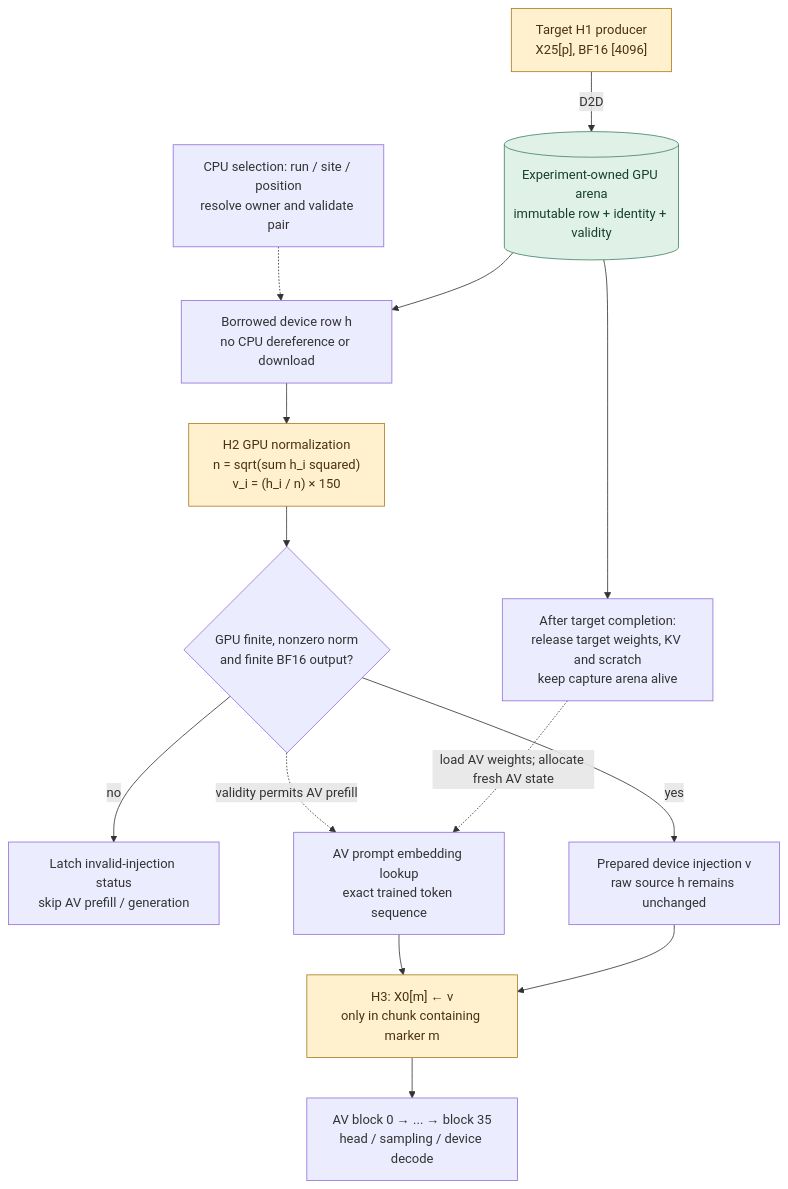
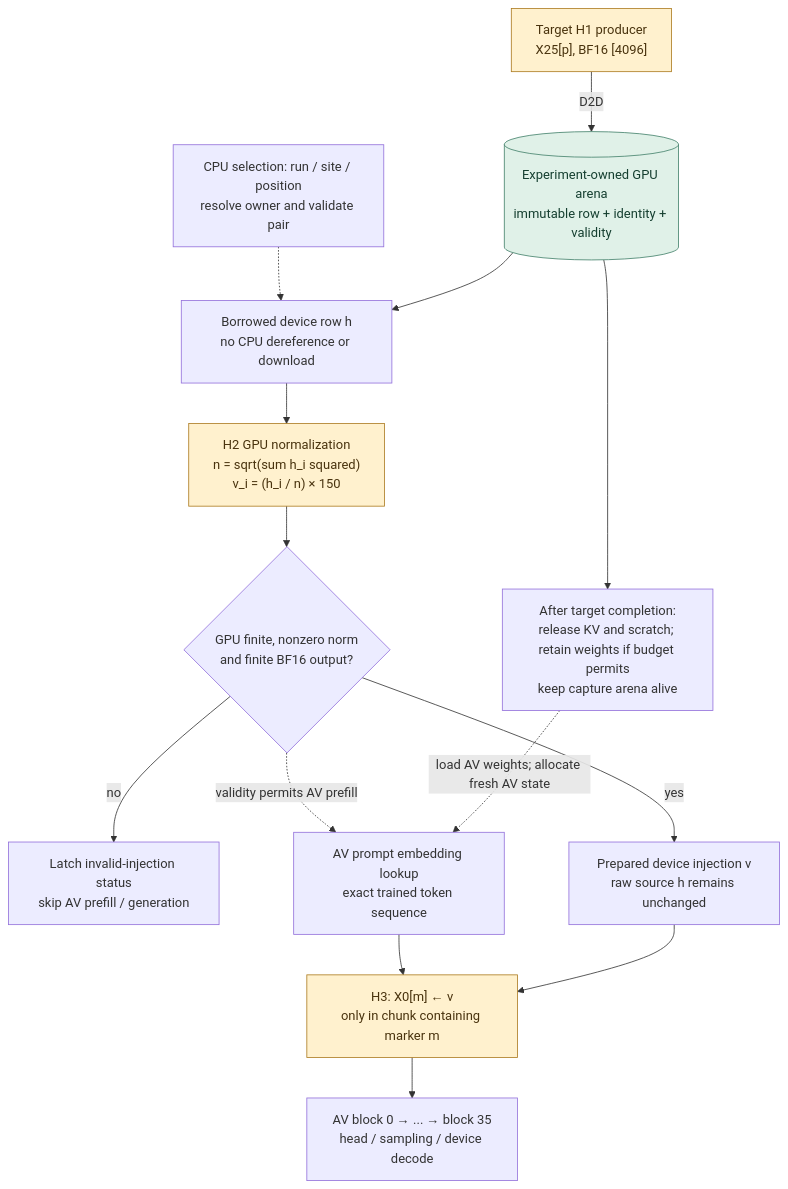
One commit to plainsight-systems/dolittle changed the sixth of 7 diagrams in docs/architecture/execution-boundary.md. Above: the diagram before and after it, drawn with Mermaid. The commit also changed other lines of this file and 20 other files, not shown here.

````diff
--- a/docs/architecture/execution-boundary.md
+++ b/docs/architecture/execution-boundary.md
@@ -455,29 +453,29 @@
 ```mermaid
 flowchart TD
   RES["Target H1 producer<br/>X25[p], BF16 [4096]"]
   ARENA[("Experiment-owned GPU arena<br/>immutable row + identity + validity")]
-  RETIRE["After target completion:<br/>release target weights, KV and scratch<br/>keep capture arena alive"]
+  RETIRE["After target completion:<br/>release KV and scratch; retain weights if budget permits<br/>keep capture arena alive"]
   KEY["CPU selection: run / site / position<br/>resolve owner and validate pair"]
   ROW["Borrowed device row h<br/>no CPU dereference or download"]
   NORM["H2 GPU normalization<br/>n = sqrt(sum h_i squared)<br/>v_i = (h_i / n) × 150"]
   VALID{"GPU finite, nonzero norm<br/>and finite BF16 output?"}
   FAIL["Latch invalid-injection status<br/>skip AV prefill / generation"]
   CAST["Prepared device injection v<br/>raw source h remains unchanged"]
   LOOK["AV prompt embedding lookup<br/>exact trained token sequence"]
   REPLACE["H3: X0[m] ← v<br/>only in chunk containing marker m"]
   BLOCK["AV block 0 → ... → block 35<br/>head / sampling / device decode"]
   RES -->|"D2D"| ARENA
   ARENA --> RETIRE
   ARENA --> ROW
   KEY -.-> ROW
   RETIRE -.->|"load AV weights; allocate fresh AV state"| LOOK
   ROW --> NORM --> VALID
   VALID -->|"no"| FAIL
   VALID -->|"yes"| CAST --> REPLACE
   VALID -.->|"validity permits AV prefill"| LOOK
   LOOK --> REPLACE --> BLOCK
   classDef hook fill:#fff1ce,stroke:#ac7b20,color:#49330e
   classDef retained fill:#e0f1e8,stroke:#44816b,color:#153f30
   class RES,NORM,REPLACE hook
   class ARENA retained
 ```
````
